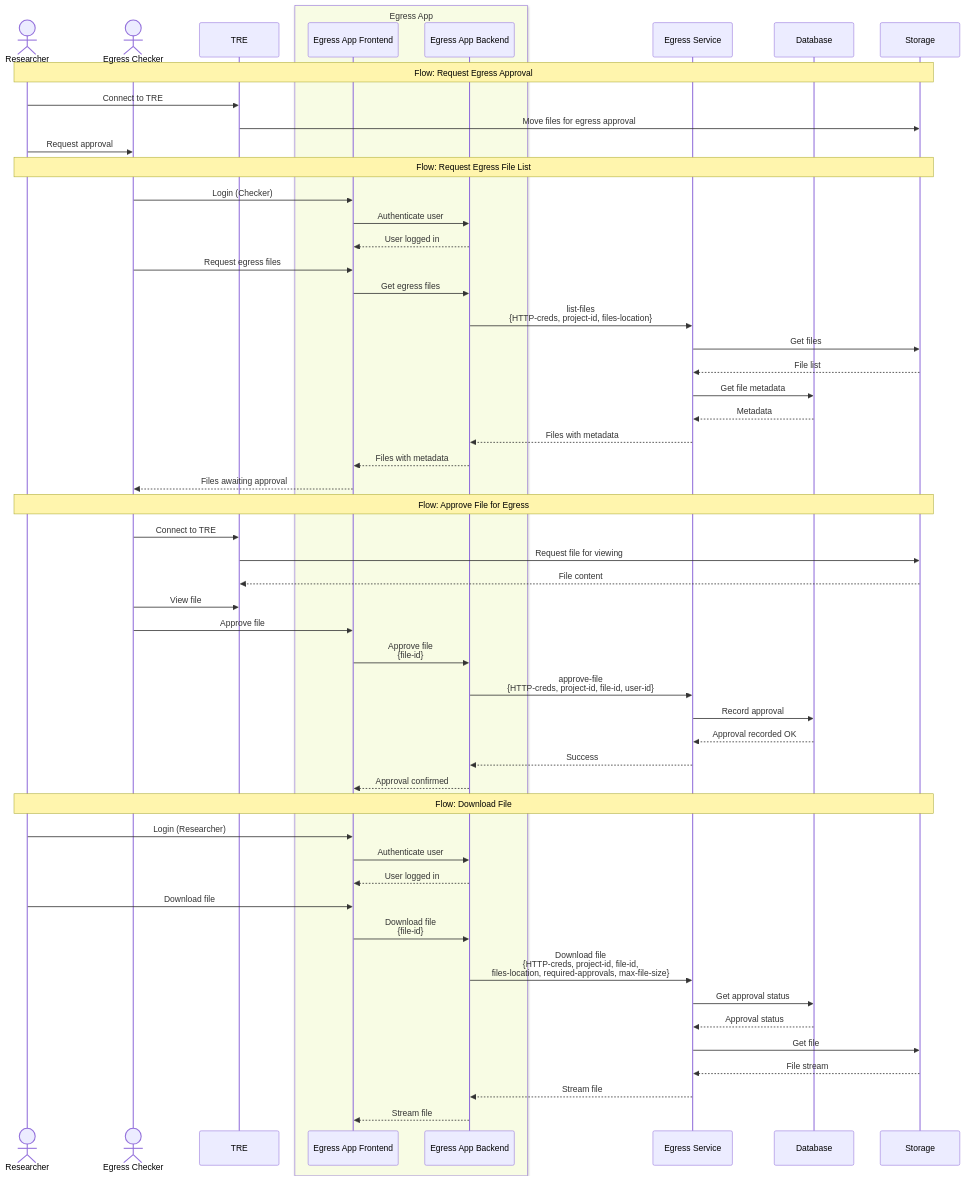
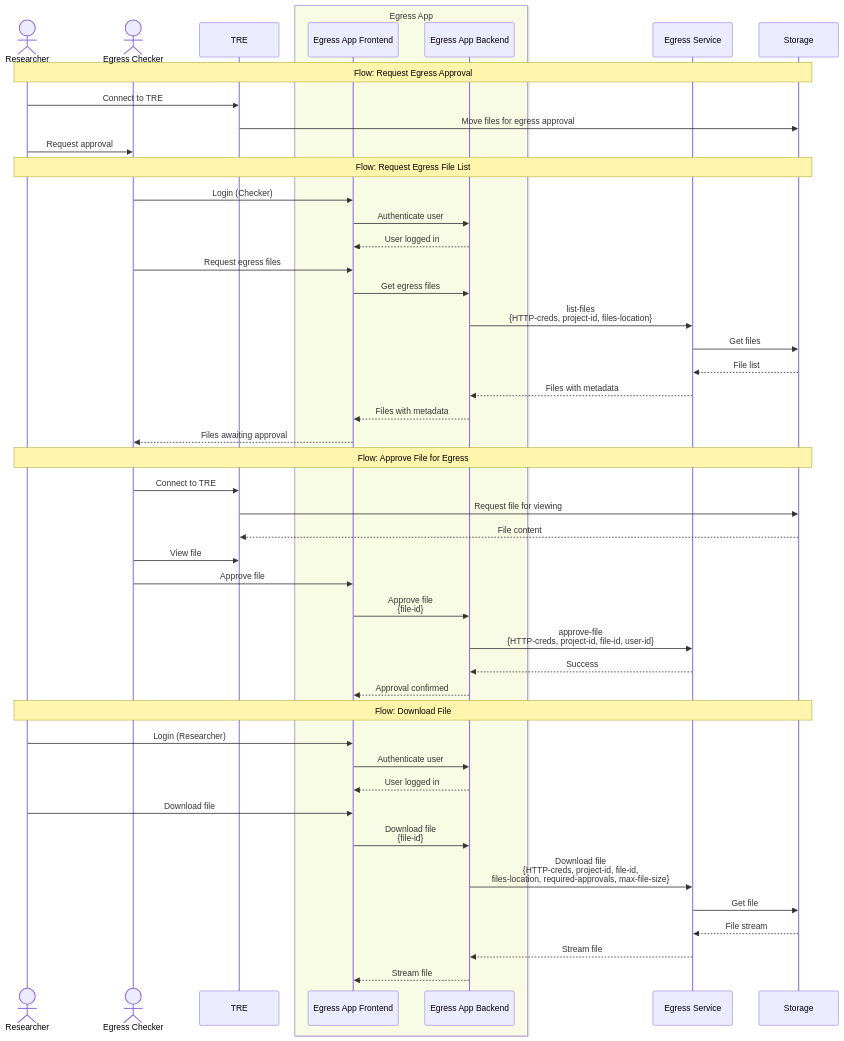
One commit to ucl-arc-tre/egress changed the first of 2 diagrams in docs/context/README.md. Above: the diagram before and after it, drawn with Mermaid. The commit also changed other lines of this file, not shown here.

Commit message:
pr: remove db from context

````diff
--- a/docs/context/README.md
+++ b/docs/context/README.md
@@ -11,66 +11,59 @@
 ```mermaid
 sequenceDiagram
     actor researcher as Researcher
     actor checker as Egress Checker
     participant tre as TRE
     box rgb(248,252,228) Egress App
         participant frontend as Egress App Frontend
         participant backend as Egress App Backend
     end
     participant egress as Egress Service
-    participant db as Database
     participant S3 as Storage
 
     Note over researcher,S3: Flow: Request Egress Approval
 
     researcher->>tre: Connect to TRE
     tre->>S3: Move files for egress approval
     researcher->>checker: Request approval
 
     Note over researcher,S3: Flow: Request Egress File List
 
     checker->>frontend: Login (Checker)
     frontend->>backend: Authenticate user
     backend-->>frontend: User logged in
 
     checker->>frontend: Request egress files
     frontend->>backend: Get egress files
     backend->>egress: list-files<br/>{HTTP-creds, project-id, files-location}
     egress->>S3: Get files
     S3-->>egress: File list
-    egress->>db: Get file metadata
-    db-->>egress: Metadata
     egress-->>backend: Files with metadata
     backend-->>frontend: Files with metadata
     frontend-->>checker: Files awaiting approval
 
     Note over researcher,S3: Flow: Approve File for Egress
 
     checker->>tre: Connect to TRE
     tre->>S3: Request file for viewing
     S3-->>tre: File content
     checker->>tre: View file
     checker->>frontend: Approve file
     frontend->>backend: Approve file<br/>{file-id}
     backend->>egress: approve-file<br/>{HTTP-creds, project-id, file-id, user-id}
-    egress->>db: Record approval
-    db-->>egress: Approval recorded OK
     egress-->>backend: Success
     backend-->>frontend: Approval confirmed
 
     Note over researcher,S3: Flow: Download File
 
     researcher->>frontend: Login (Researcher)
     frontend->>backend: Authenticate user
     backend-->>frontend: User logged in
 
     researcher->>frontend: Download file
     frontend->>backend: Download file<br/>{file-id}
     backend->>egress: Download file<br/>{HTTP-creds, project-id, file-id,<br/>files-location, required-approvals, max-file-size}
-    egress->>db: Get approval status
-    db-->>egress: Approval status
     egress->>S3: Get file
     S3-->>egress: File stream
     egress-->>backend: Stream file
     backend-->>frontend: Stream file
 ```
````
